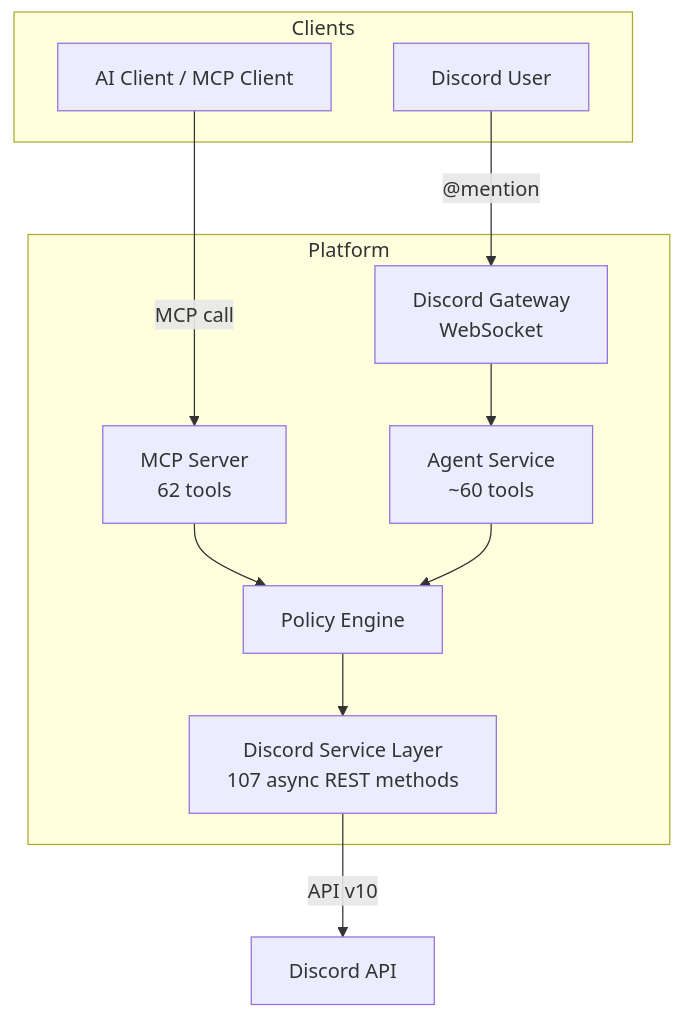
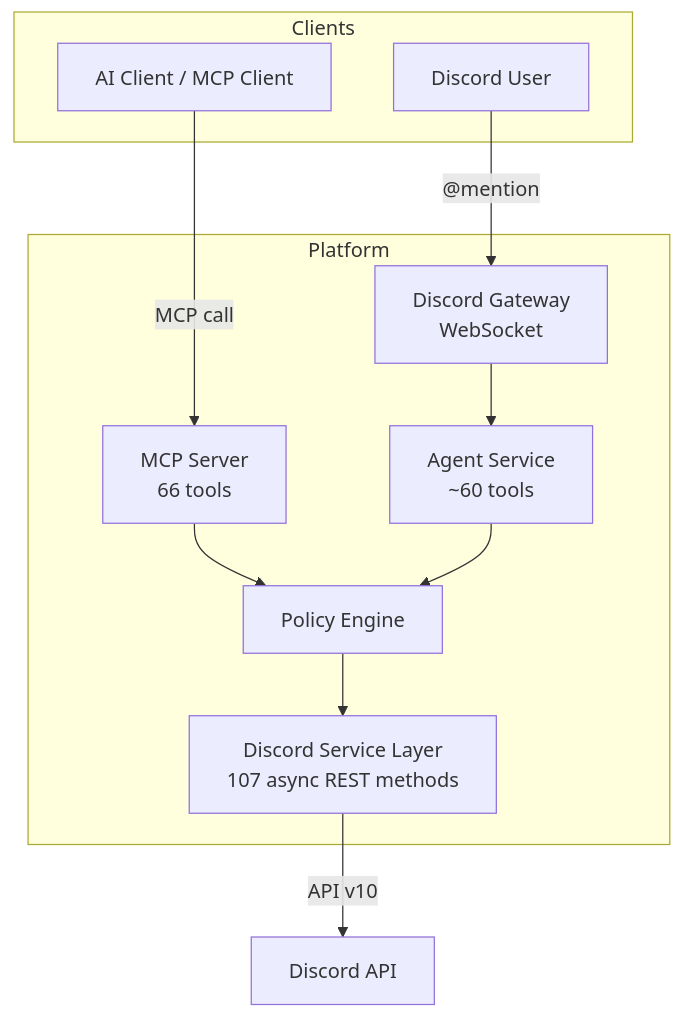
Before and after one commit to Rastrian/DiscordMCP: the first of 5 diagrams in README.md, drawn with Mermaid. The commit also changed other lines of this file and 17 other files, not shown here.

````diff
--- a/README.md
+++ b/README.md
@@ -23,23 +23,23 @@
 ```mermaid
 graph TD
     subgraph "Clients"
         AI["AI Client / MCP Client"]
         DU["Discord User"]
     end
 
     subgraph "Platform"
-        MCPS["MCP Server<br/>62 tools"]
+        MCPS["MCP Server<br/>66 tools"]
         GW["Discord Gateway<br/>WebSocket"]
         PE["Policy Engine"]
         AGENT["Agent Service<br/>~60 tools"]
         SVC["Discord Service Layer<br/>107 async REST methods"]
     end
 
     AI -->|MCP call| MCPS
     DU -->|"@mention"| GW
     MCPS --> PE
     GW --> AGENT
     AGENT --> PE
     PE --> SVC
     SVC -->|API v10| DISC["Discord API"]
 ```
````
